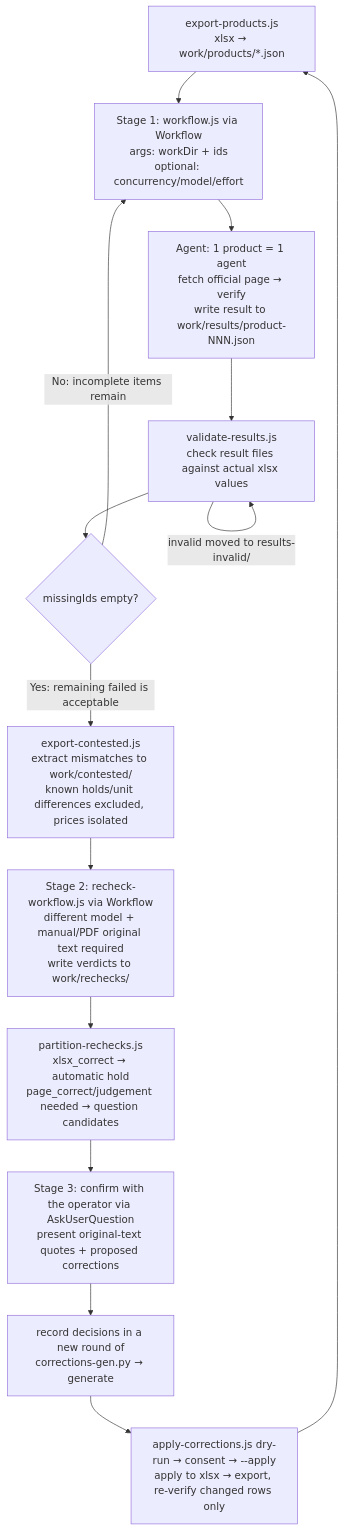
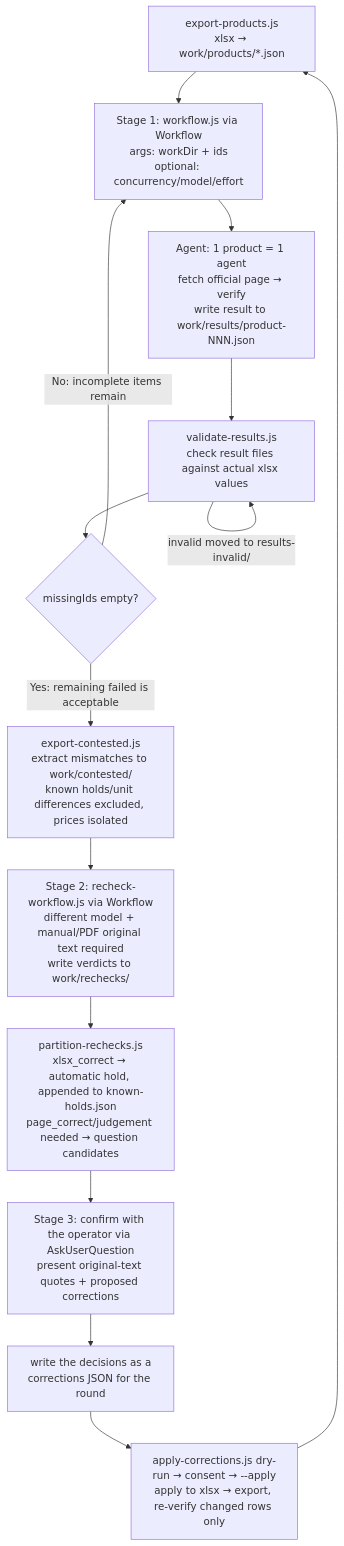
The diagram in tools/verify/README.md (semnil/audio-interface-compare-site), drawn with Mermaid before and after one commit. The commit also changed other lines of this file and 5 other files, not shown here.

First line of the commit message:
fix: read only the current examination in partition-rechecks and record its holds

````diff
--- a/tools/verify/README.md
+++ b/tools/verify/README.md
@@ -11,16 +11,16 @@
 ```mermaid
 flowchart TD
     A[export-products.js\nxlsx → work/products/*.json] --> B[Stage 1: workflow.js via Workflow\nargs: workDir + ids\noptional: concurrency/model/effort]
     B --> C[Agent: 1 product = 1 agent\nfetch official page → verify\nwrite result to work/results/product-NNN.json]
     C --> D[validate-results.js\ncheck result files against actual xlsx values]
     D -->|invalid moved to results-invalid/| D
     D --> E{missingIds empty?}
     E -->|No: incomplete items remain| B
     E -->|Yes: remaining failed is acceptable| F[export-contested.js\nextract mismatches to work/contested/\nknown holds/unit differences excluded, prices isolated]
     F --> G[Stage 2: recheck-workflow.js via Workflow\ndifferent model + manual/PDF original text required\nwrite verdicts to work/rechecks/]
-    G --> H[partition-rechecks.js\nxlsx_correct → automatic hold\npage_correct/judgement needed → question candidates]
+    G --> H[partition-rechecks.js\nxlsx_correct → automatic hold, appended to known-holds.json\npage_correct/judgement needed → question candidates]
     H --> I[Stage 3: confirm with the operator via AskUserQuestion\npresent original-text quotes + proposed corrections]
-    I --> J[record decisions in a new round of\ncorrections-gen.py → generate]
+    I --> J[write the decisions as a\ncorrections JSON for the round]
     J --> K[apply-corrections.js dry-run → consent → --apply\napply to xlsx → export, re-verify changed rows only]
     K --> A
 ```
````
